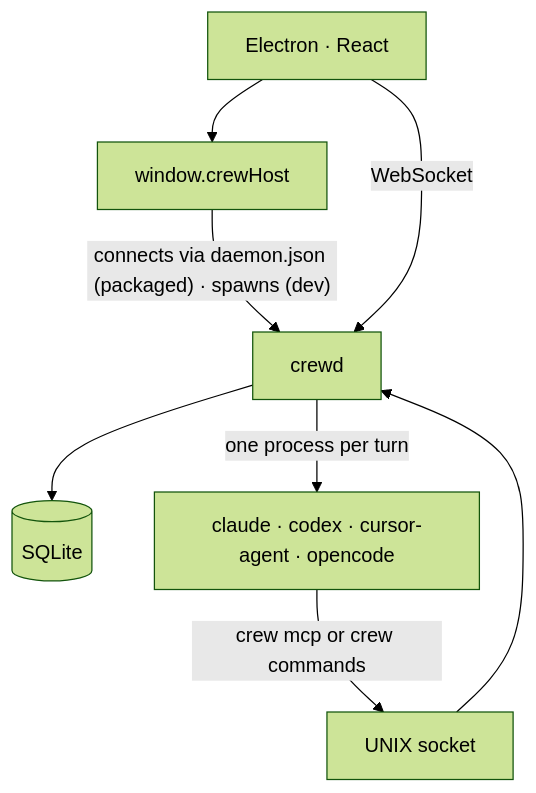
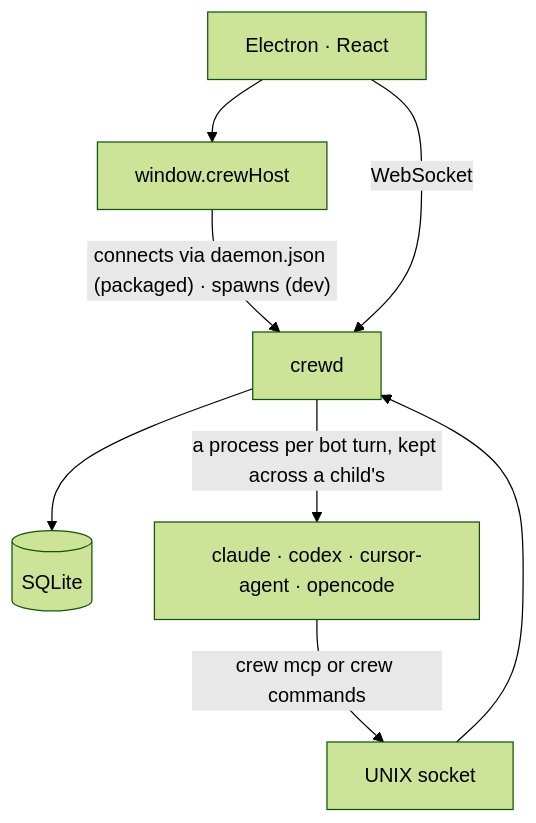
One commit to rogazth/crew changed the first of 4 diagrams in docs/ARCHITECTURE.md. Above: the diagram before and after it, drawn with Mermaid (forest theme). The commit also changed other lines of this file, not shown here.

Commit message:
docs: describe how a subagent's process lives across turns

````diff
--- a/docs/ARCHITECTURE.md
+++ b/docs/ARCHITECTURE.md
@@ -14,17 +14,17 @@
 ```mermaid
 flowchart TB
   UI["Electron · React"]
   Host["window.crewHost"]
   Daemon["crewd"]
   Store[("SQLite")]
   CLI["claude · codex · cursor-agent · opencode"]
   Bridge["UNIX socket"]
 
   UI --> Host
   Host -->|"connects via daemon.json (packaged) · spawns (dev)"| Daemon
   UI -->|"WebSocket"| Daemon
   Daemon --> Store
-  Daemon -->|"one process per turn"| CLI
+  Daemon -->|"a process per bot turn, kept across a child's"| CLI
   CLI -->|"crew mcp or crew commands"| Bridge
   Bridge --> Daemon
 ```
````
